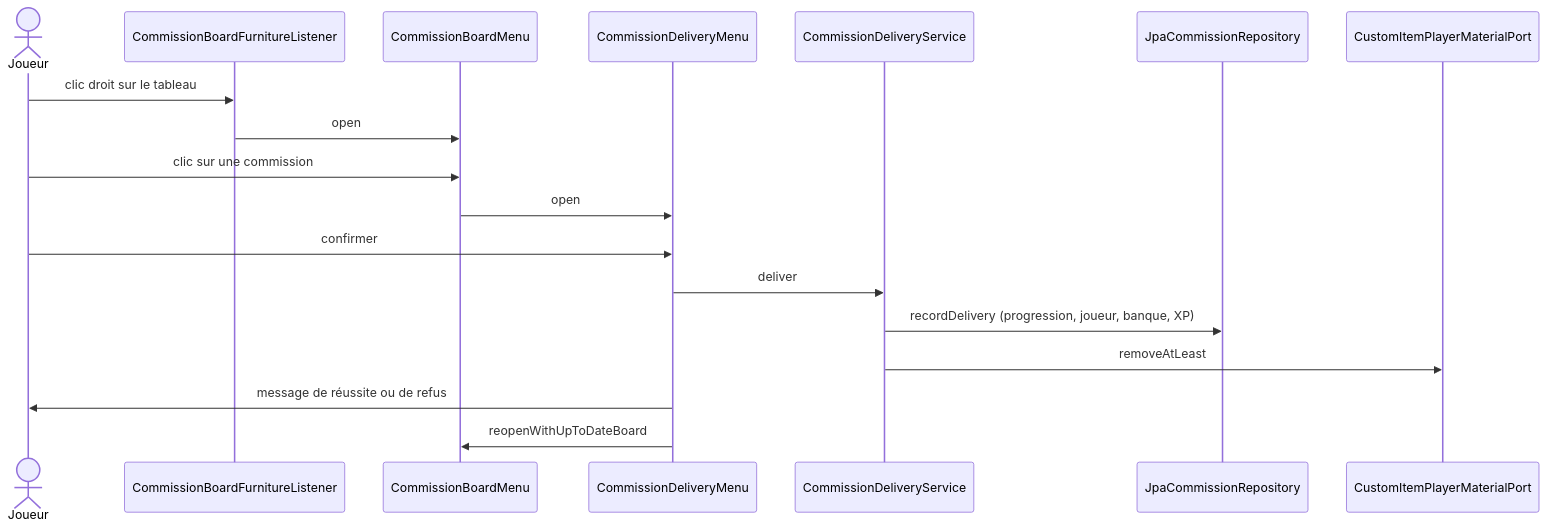
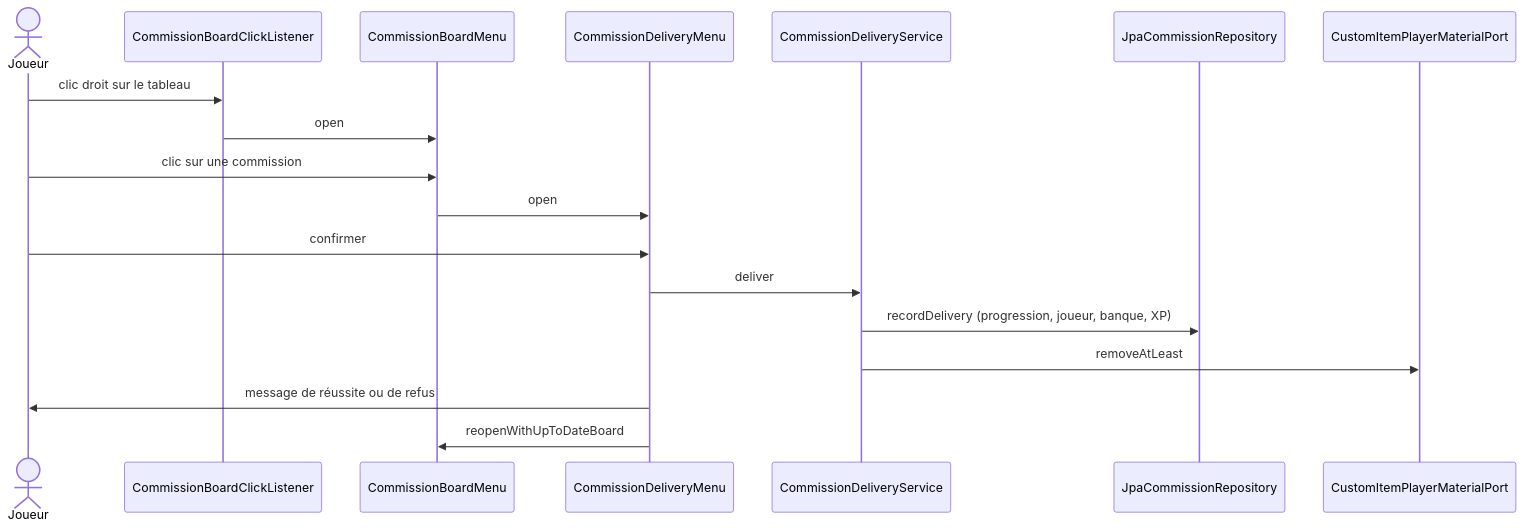
Before and after one commit to TesseractFR/TesseractSRP2: the second of 2 diagrams in commission-adapter/spec/commission-adapter-doc.md, drawn with Mermaid. The commit also changed other lines of this file and 90 other files, not shown here.

````diff
--- a/commission-adapter/spec/commission-adapter-doc.md
+++ b/commission-adapter/spec/commission-adapter-doc.md
@@ -255,20 +239,20 @@
 ```mermaid
 sequenceDiagram
     actor J as Joueur
-    participant L as CommissionBoardFurnitureListener
+    participant L as CommissionBoardClickListener
     participant B as CommissionBoardMenu
     participant D as CommissionDeliveryMenu
     participant S as CommissionDeliveryService
     participant R as JpaCommissionRepository
     participant M as CustomItemPlayerMaterialPort
     J->>L: clic droit sur le tableau
     L->>B: open
     J->>B: clic sur une commission
     B->>D: open
     J->>D: confirmer
     D->>S: deliver
     S->>R: recordDelivery (progression, joueur, banque, XP)
     S->>M: removeAtLeast
     D->>J: message de réussite ou de refus
     D->>B: reopenWithUpToDateBoard
 ```
````
